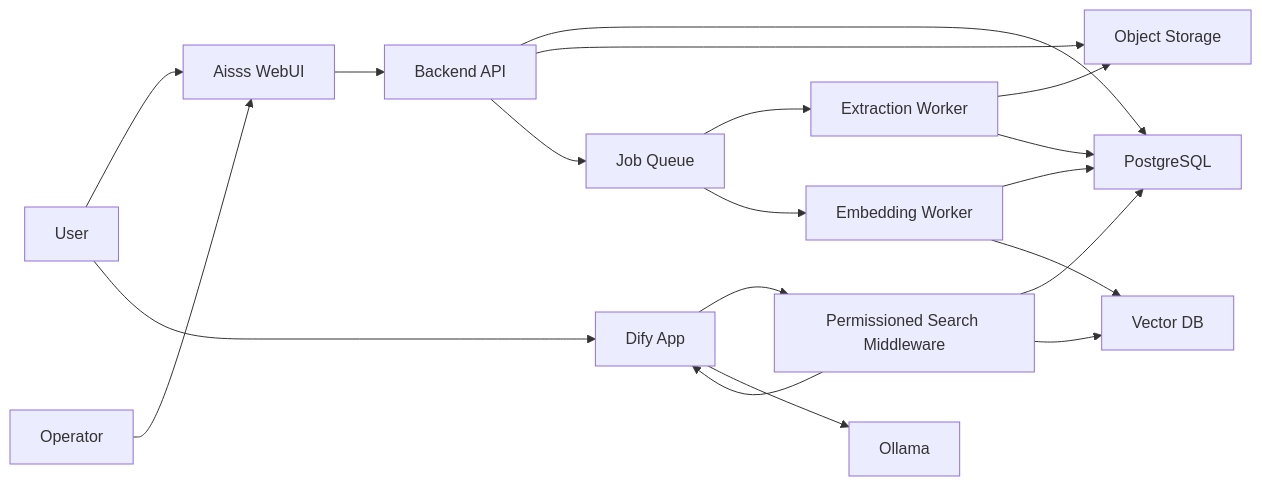
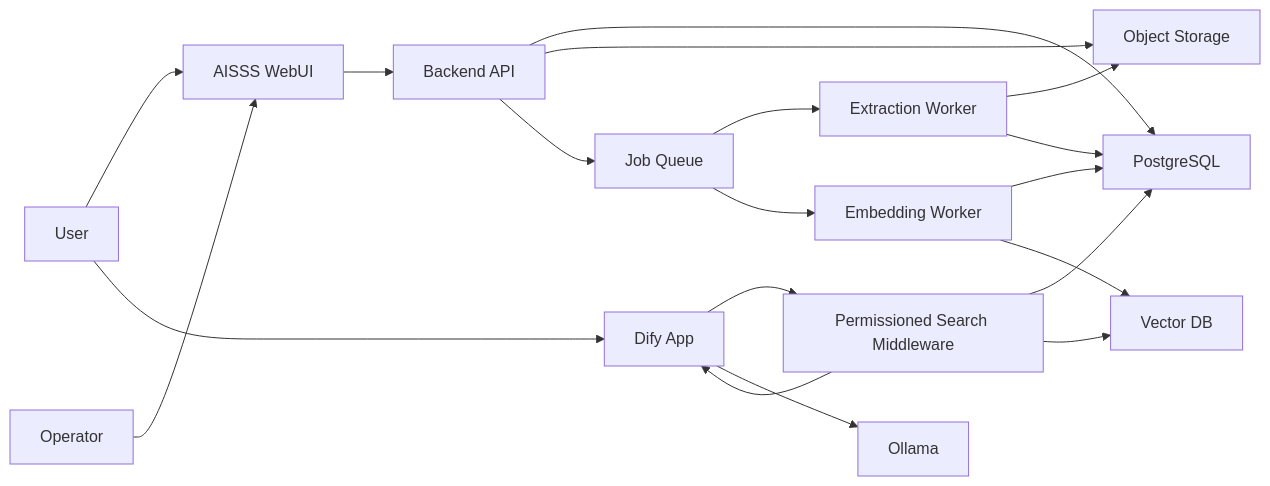
Before and after one commit to matrix9neonebuchadnezzar2199-sketch/Aisss: the diagram in docs/02-overall-design.md, drawn with Mermaid. The commit also changed other lines of this file and 21 other files, not shown here.

First line of the commit message:
docs: adopt AISSS product name and add WebUI mockup

````diff
--- a/docs/02-overall-design.md
+++ b/docs/02-overall-design.md
@@ -15,21 +15,21 @@
 ```mermaid
 flowchart LR
-  user["User"] --> webui["Aisss WebUI"]
+  user["User"] --> webui["AISSS WebUI"]
   admin["Operator"] --> webui
   webui --> backend["Backend API"]
   backend --> postgres["PostgreSQL"]
   backend --> objectStorage["Object Storage"]
   backend --> queue["Job Queue"]
   queue --> extractionWorker["Extraction Worker"]
   queue --> embeddingWorker["Embedding Worker"]
   extractionWorker --> objectStorage
   extractionWorker --> postgres
   embeddingWorker --> postgres
   embeddingWorker --> vectorDb["Vector DB"]
   user --> dify["Dify App"]
   dify --> searchMiddleware["Permissioned Search Middleware"]
   searchMiddleware --> postgres
   searchMiddleware --> vectorDb
   searchMiddleware --> dify
   dify --> ollama["Ollama"]
 ```
````
